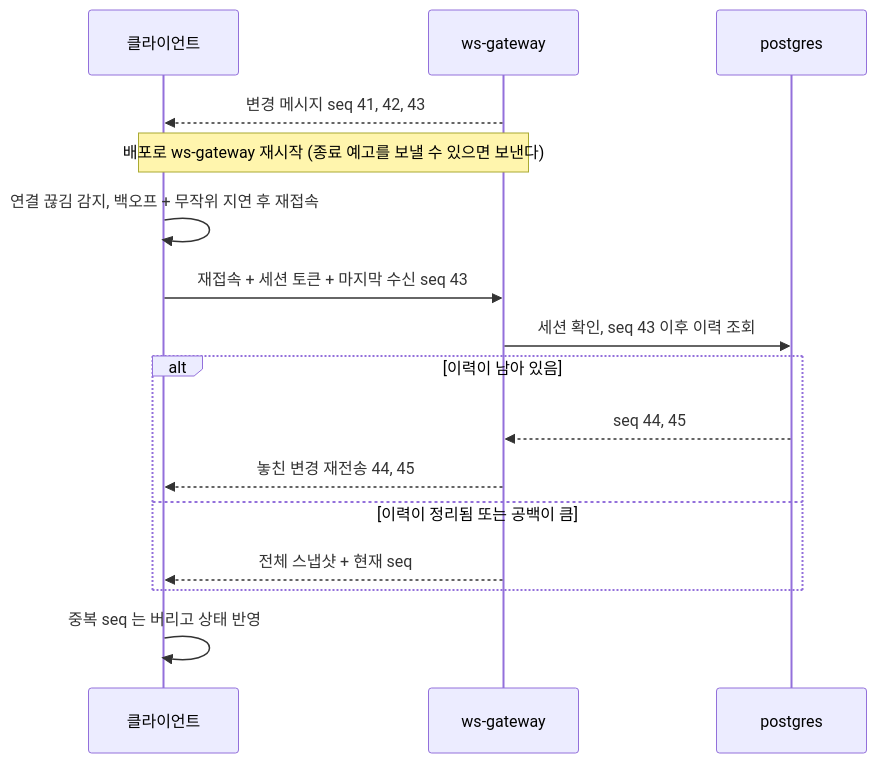
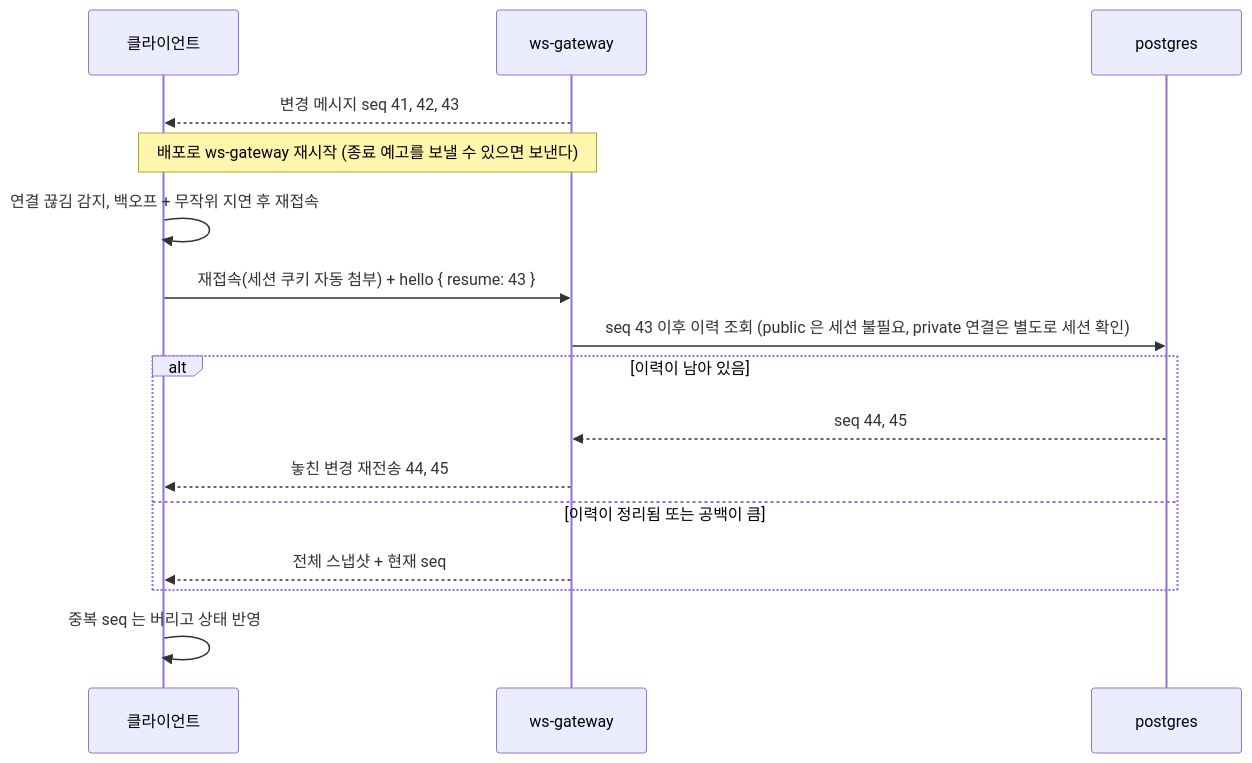
Before and after one commit to 1985jwlee/portpolio_backend: the first of 2 diagrams in docs/adr/ADR-014-deployment-and-zero-downtime.md, drawn with Mermaid. The commit also changed 33 other files, not shown here.

````diff
--- a/docs/adr/ADR-014-deployment-and-zero-downtime.md
+++ b/docs/adr/ADR-014-deployment-and-zero-downtime.md
@@ -21,19 +21,19 @@
 ```mermaid
 sequenceDiagram
     participant C as 클라이언트
     participant G as ws-gateway
     participant D as postgres
 
     G-->>C: 변경 메시지 seq 41, 42, 43
     Note over C,G: 배포로 ws-gateway 재시작 (종료 예고를 보낼 수 있으면 보낸다)
     C->>C: 연결 끊김 감지, 백오프 + 무작위 지연 후 재접속
-    C->>G: 재접속 + 세션 토큰 + 마지막 수신 seq 43
-    G->>D: 세션 확인, seq 43 이후 이력 조회
+    C->>G: 재접속(세션 쿠키 자동 첨부) + hello { resume: 43 }
+    G->>D: seq 43 이후 이력 조회 (public 은 세션 불필요, private 연결은 별도로 세션 확인)
     alt 이력이 남아 있음
         D-->>G: seq 44, 45
         G-->>C: 놓친 변경 재전송 44, 45
     else 이력이 정리됨 또는 공백이 큼
         G-->>C: 전체 스냅샷 + 현재 seq
     end
     C->>C: 중복 seq 는 버리고 상태 반영
 ```
````
